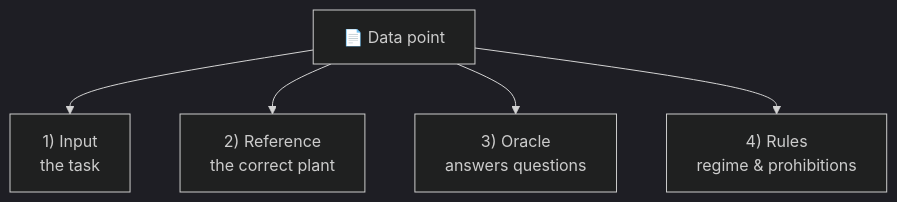
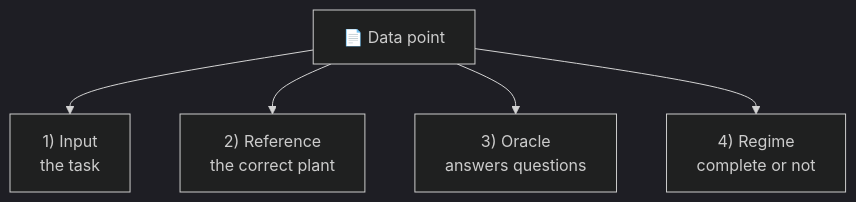
One commit to dgaida/PyADM1ODE changed the first of 2 diagrams in docs/en/benchmark/datenpunkt.md. Above: the diagram before and after it, drawn with Mermaid (dark theme). The commit also changed other lines of this file and 67 other files, not shown here.

````diff
--- a/docs/en/benchmark/datenpunkt.md
+++ b/docs/en/benchmark/datenpunkt.md
@@ -11,7 +11,7 @@
 ```mermaid
 flowchart TB
     DP["📄 Data point"] --> E["1) Input<br>the task"]
     DP --> R["2) Reference<br>the correct plant"]
     DP --> O["3) Oracle<br>answers questions"]
-    DP --> Z["4) Rules<br>regime &amp; prohibitions"]
+    DP --> Z["4) Regime<br>complete or not"]
 ```
````
